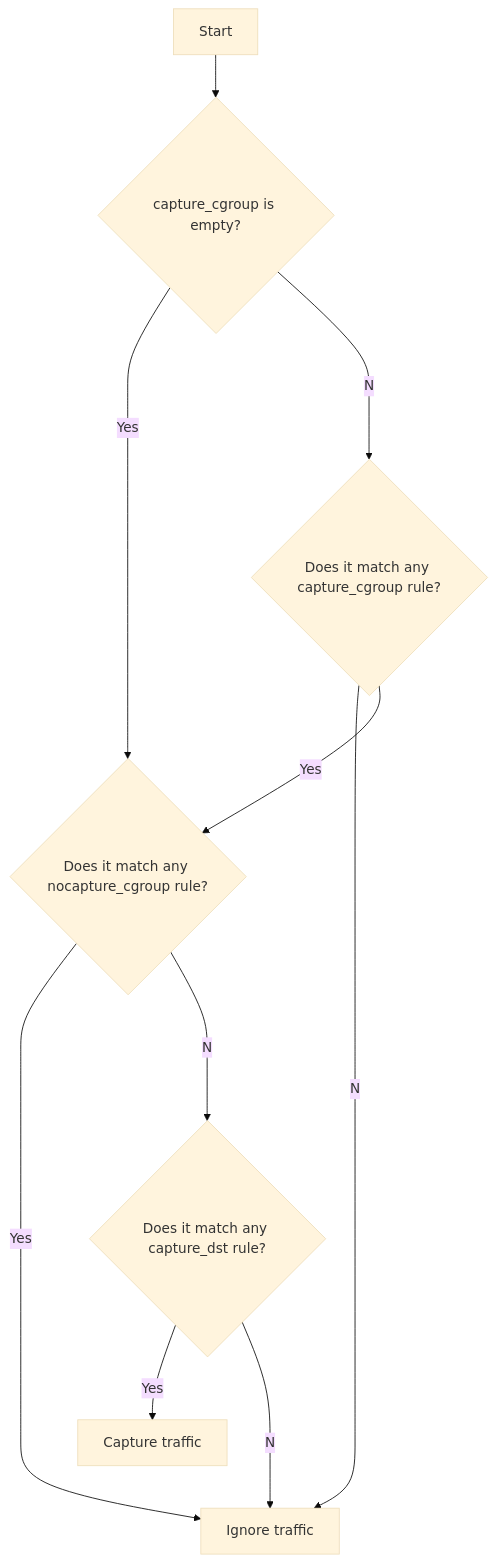
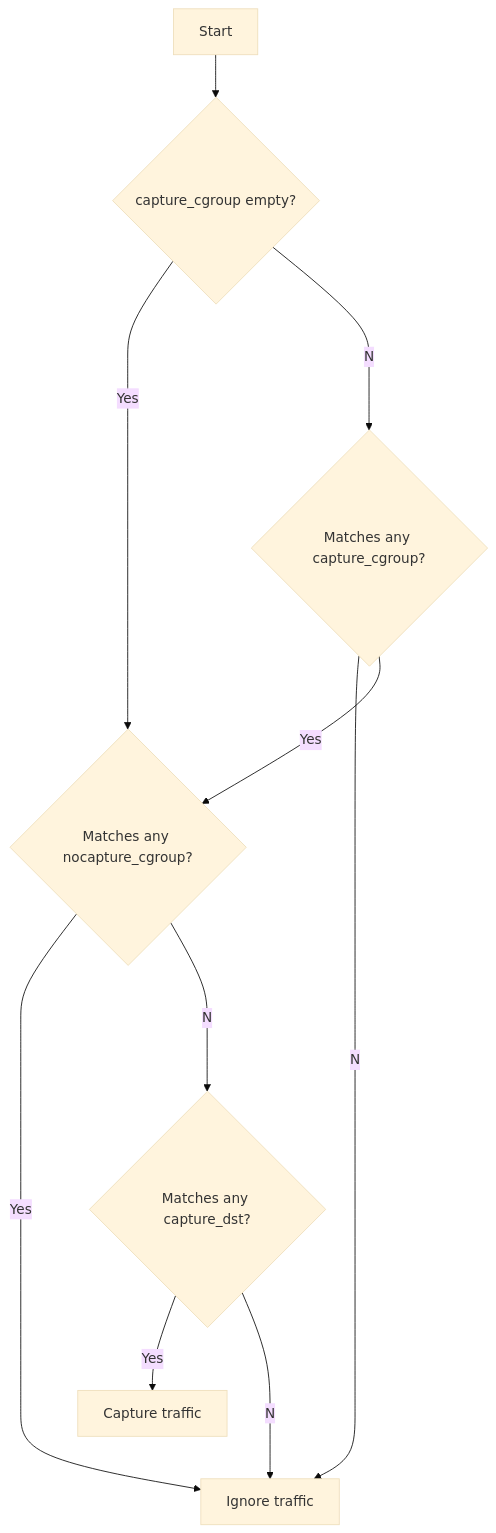
The second of 2 diagrams in docs/configuration.md (inclavare-containers/TNG), drawn with Mermaid (base theme) before and after one commit. The commit also changed other lines of this file and 5 other files, not shown here.

````diff
--- a/docs/configuration.md
+++ b/docs/configuration.md
@@ -494,12 +540,12 @@
 ```mermaid
 flowchart TD
-    A[Start] --> G{capture_cgroup is empty?}
+    A[Start] --> G{capture_cgroup empty?}
     G --Yes--> D
-    G --No--> B{Does it match any capture_cgroup rule?}
+    G --No--> B{Matches any capture_cgroup?}
     B --No--> C[Ignore traffic]
-    B --Yes--> D{Does it match any nocapture_cgroup rule?}
+    B --Yes--> D{Matches any nocapture_cgroup?}
     D --Yes--> C
-    D --No--> E{Does it match any capture_dst rule?}
+    D --No--> E{Matches any capture_dst?}
     E --Yes--> F[Capture traffic]
     E --No--> C
 ```
````
